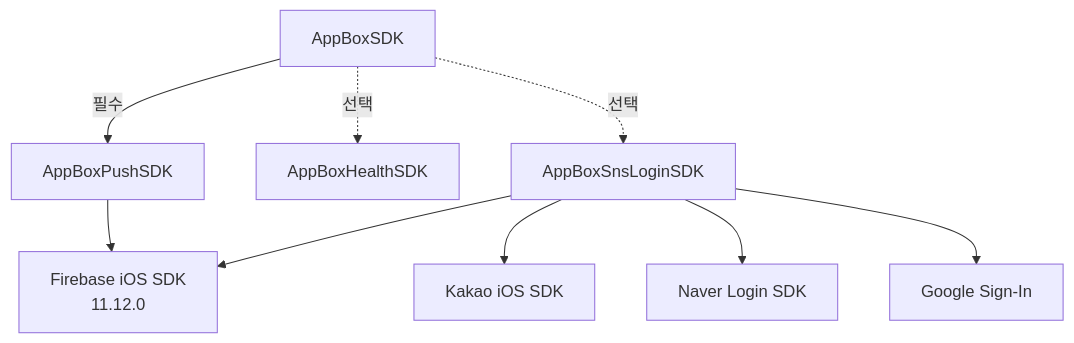
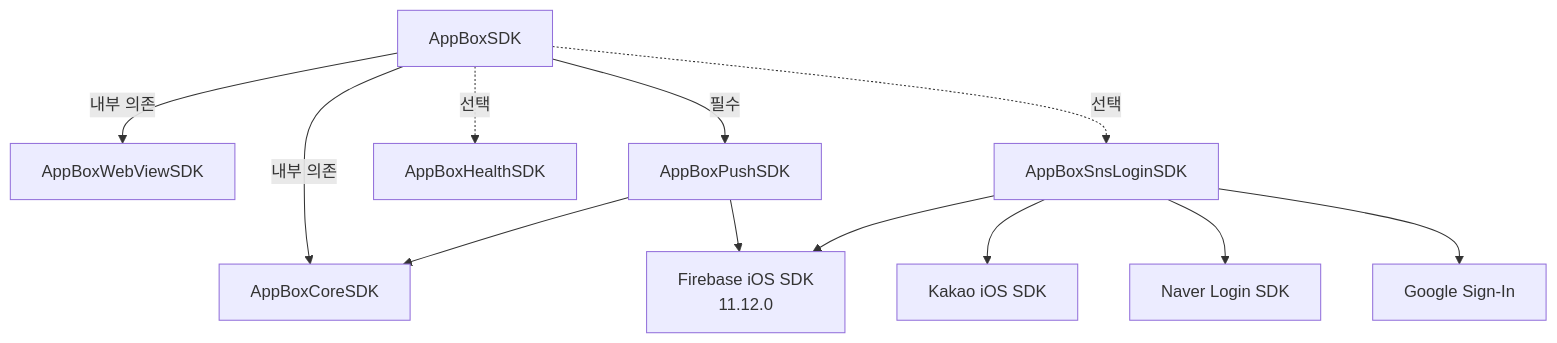
Before and after one commit to MobilePartnersCo/AppBoxSDKFramwork: the diagram in README.md, drawn with Mermaid. The commit also changed other lines of this file, not shown here.

````diff
--- a/README.md
+++ b/README.md
@@ -77,22 +94,27 @@
 ```mermaid
 graph TB
     AppBoxSDK[AppBoxSDK]
+    AppBoxCoreSDK[AppBoxCoreSDK]
+    AppBoxWebViewSDK[AppBoxWebViewSDK]
     AppBoxPushSDK[AppBoxPushSDK]
     AppBoxHealthSDK[AppBoxHealthSDK]
     AppBoxSnsLoginSDK[AppBoxSnsLoginSDK]
 
     Firebase[Firebase iOS SDK<br/>11.12.0]
     KakaoSDK[Kakao iOS SDK]
     NaverSDK[Naver Login SDK]
     GoogleSignIn[Google Sign-In]
 
+    AppBoxSDK -->|내부 의존| AppBoxCoreSDK
+    AppBoxSDK -->|내부 의존| AppBoxWebViewSDK
     AppBoxSDK -->|필수| AppBoxPushSDK
     AppBoxSDK -.->|선택| AppBoxHealthSDK
     AppBoxSDK -.->|선택| AppBoxSnsLoginSDK
 
+    AppBoxPushSDK --> AppBoxCoreSDK
     AppBoxPushSDK --> Firebase
     AppBoxSnsLoginSDK --> Firebase
     AppBoxSnsLoginSDK --> KakaoSDK
     AppBoxSnsLoginSDK --> NaverSDK
     AppBoxSnsLoginSDK --> GoogleSignIn
 ```
````
